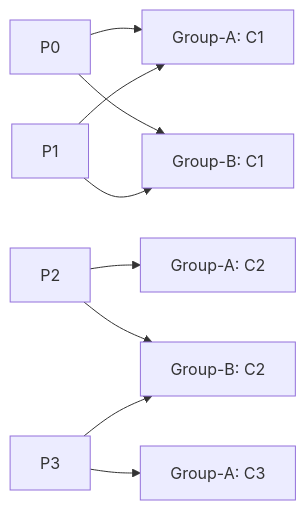
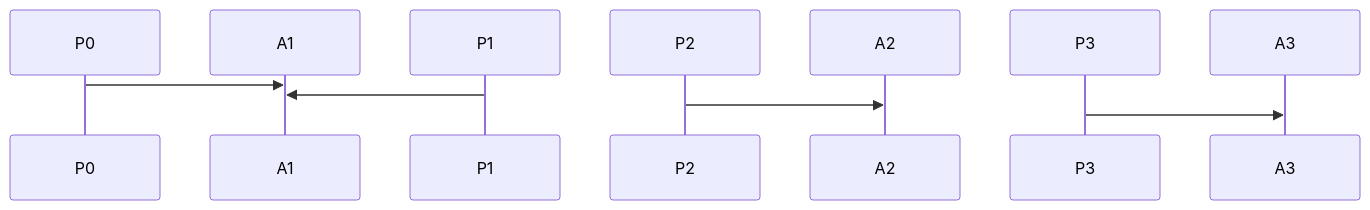
The fifth of 17 diagrams in _posts/kafka/2026-05-01-kafka-fundamentals.md (yjkim2015/yjkim2015.github.io), drawn with Mermaid before and after one commit. The commit also changed other lines of this file and 89 other files, not shown here.

First line of the commit message:
복잡한 flowchart 163개 → sequenceDiagram 변환 (90파일)

````diff
--- a/_posts/kafka/2026-05-01-kafka-fundamentals.md
+++ b/_posts/kafka/2026-05-01-kafka-fundamentals.md
@@ -161,6 +161,7 @@
 ```mermaid
-graph LR
-    P0 & P1 --> A1[Group-A: C1] & B1[Group-B: C1]
-    P2 --> A2[Group-A: C2] & B2[Group-B: C2]
-    P3 --> A3[Group-A: C3] & B2
+sequenceDiagram
+    P0->>A1: 
+    P1->>A1: 
+    P2->>A2: 
+    P3->>A3: 
 ```
````
